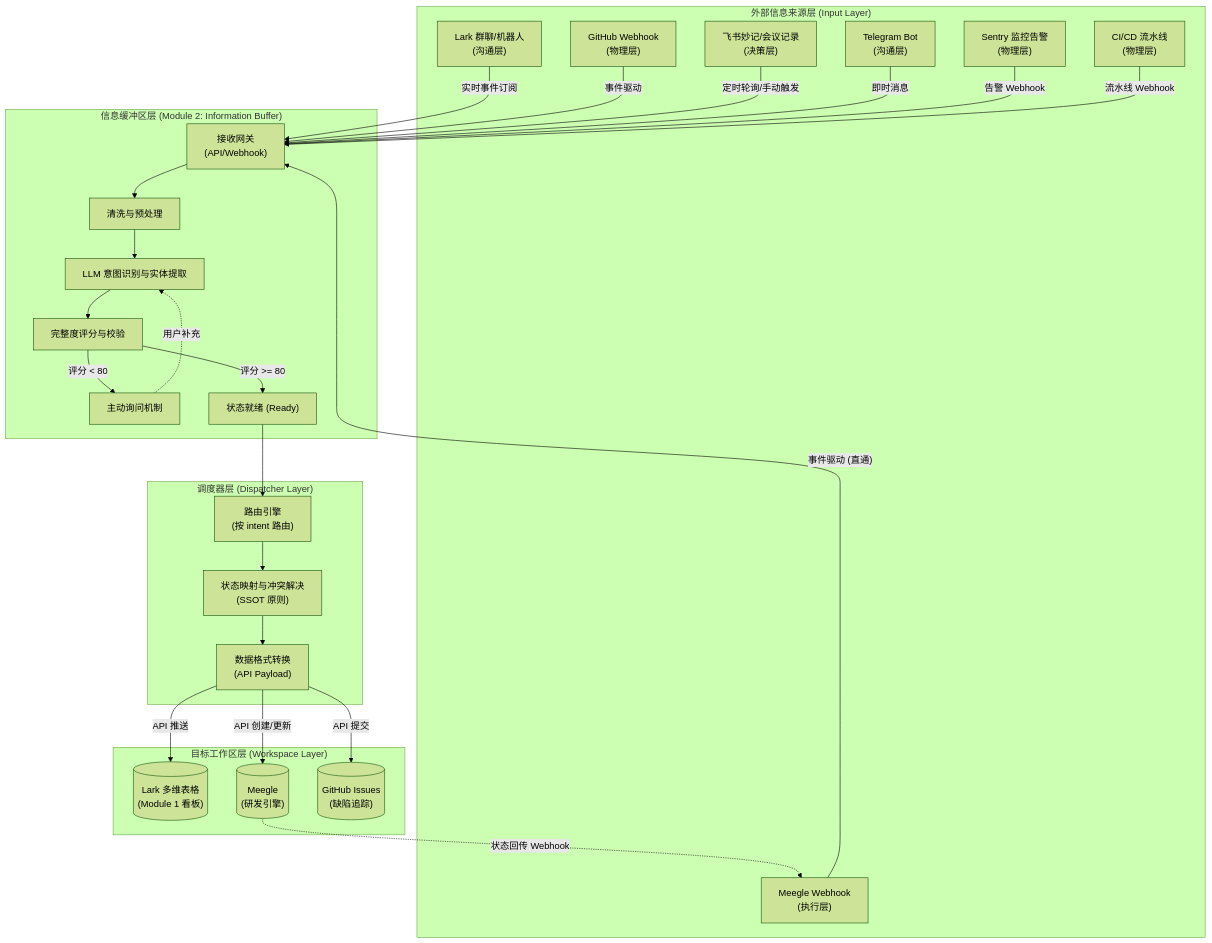
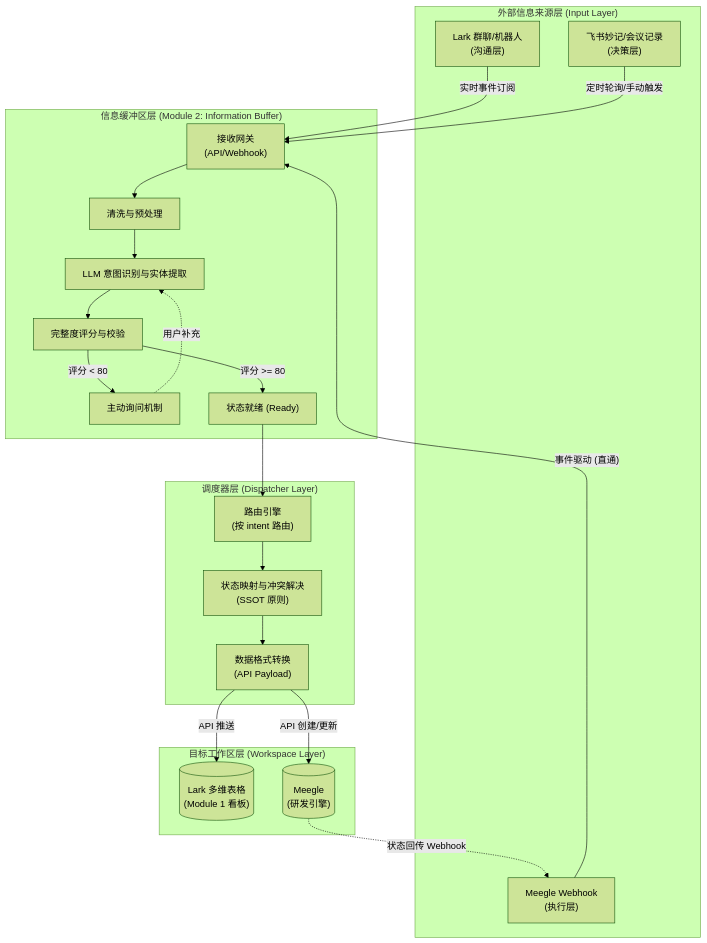
The diagram in docs/module3_info_sources/info_source_master_plan.md (gdszyy/ai-secretary-architecture), drawn with Mermaid (forest theme) before and after one commit. The commit also changed other lines of this file and 9 other files, not shown here.

First line of the commit message:
docs: remove Telegram, demote GitHub, add Lark bot & Minutes integration guide

````diff
--- a/docs/module3_info_sources/info_source_master_plan.md
+++ b/docs/module3_info_sources/info_source_master_plan.md
@@ -32,60 +32,50 @@
 ```mermaid
 graph TD
     %% 外部信息来源层
     subgraph Sources ["外部信息来源层 (Input Layer)"]
         S1["Lark 群聊/机器人\n(沟通层)"]
         S2["Meegle Webhook\n(执行层)"]
-        S3["GitHub Webhook\n(物理层)"]
         S4["飞书妙记/会议记录\n(决策层)"]
-        S5["Telegram Bot\n(沟通层)"]
-        S6["Sentry 监控告警\n(物理层)"]
-        S7["CI/CD 流水线\n(物理层)"]
     end
 
     %% 信息缓冲区层 (Module 2)
     subgraph Buffer ["信息缓冲区层 (Module 2: Information Buffer)"]
         B1["接收网关\n(API/Webhook)"]
         B2["清洗与预处理"]
         B3["LLM 意图识别与实体提取"]
         B4["完整度评分与校验"]
         B5["主动询问机制"]
         B6["状态就绪 (Ready)"]
 
         B1 --> B2 --> B3 --> B4
         B4 -- "评分 < 80" --> B5
         B5 -. "用户补充" .-> B3
         B4 -- "评分 >= 80" --> B6
     end
 
     %% 调度器层
     subgraph Dispatcher ["调度器层 (Dispatcher Layer)"]
         D1["路由引擎\n(按 intent 路由)"]
         D2["状态映射与冲突解决\n(SSOT 原则)"]
         D3["数据格式转换\n(API Payload)"]
 
         B6 --> D1
         D1 --> D2 --> D3
     end
 
     %% 目标工作区层 (Module 1 & Meegle)
     subgraph Workspace ["目标工作区层 (Workspace Layer)"]
         W1[("Lark 多维表格\n(Module 1 看板)")]
         W2[("Meegle\n(研发引擎)")]
-        W3[("GitHub Issues\n(缺陷追踪)")]
 
         D3 -->|"API 推送"| W1
         D3 -->|"API 创建/更新"| W2
-        D3 -->|"API 提交"| W3
 
         W2 -. "状态回传 Webhook" .-> S2
     end
 
     %% 来源接入缓冲
     S1 -->|"实时事件订阅"| B1
     S2 -->|"事件驱动 (直通)"| B1
-    S3 -->|"事件驱动"| B1
     S4 -->|"定时轮询/手动触发"| B1
-    S5 -->|"即时消息"| B1
-    S6 -->|"告警 Webhook"| B1
-    S7 -->|"流水线 Webhook"| B1
 ```
````
